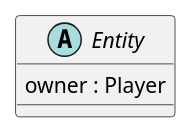
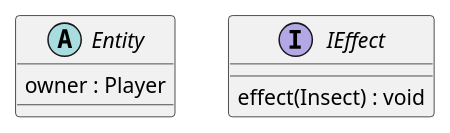
The diagram in 3/classes/entity.puml (Petya-G/fungorium), drawn with PlantUML before and after one commit. The commit also changed 6 other files, not shown here.

```diff
--- a/3/classes/entity.puml
+++ b/3/classes/entity.puml
@@ -1,5 +1,9 @@
 @startuml entity
 abstract class Entity {
     owner : Player
 }
+
+interface IEffect{
+    effect(Insect) : void
+}
 @enduml
```
